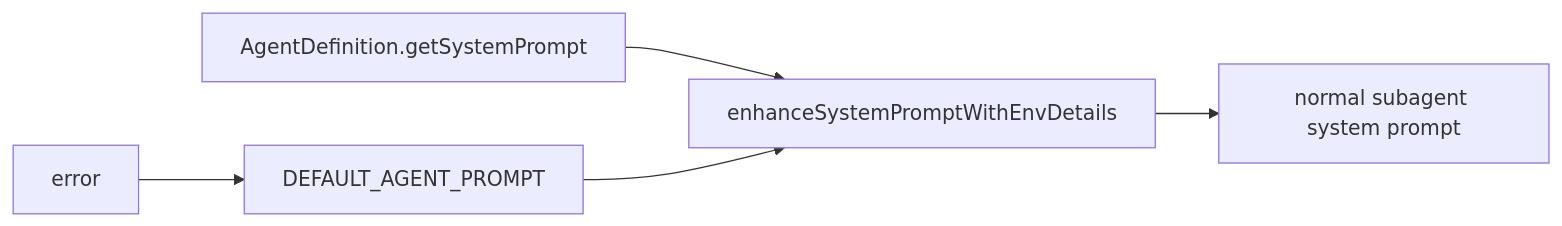
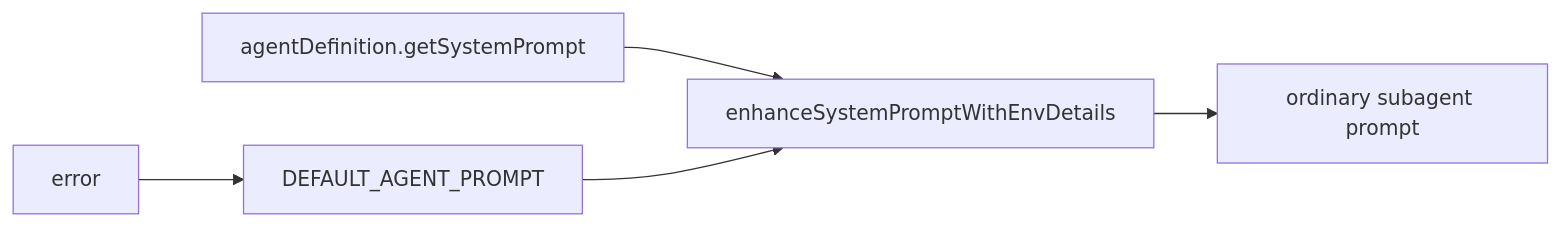
One commit to Boulea7/ClaudeCode-Source-DeepDive changed the first of 2 diagrams in PROMPTS/agent-prompts.md. Above: the diagram before and after it, drawn with Mermaid. The commit also changed other lines of this file and 6 other files, not shown here.

````diff
--- a/PROMPTS/agent-prompts.md
+++ b/PROMPTS/agent-prompts.md
@@ -75,7 +99,7 @@
 ```mermaid
 flowchart LR
-    A[AgentDefinition.getSystemPrompt] --> B[enhanceSystemPromptWithEnvDetails]
-    B --> C[normal subagent system prompt]
+    A[agentDefinition.getSystemPrompt] --> B[enhanceSystemPromptWithEnvDetails]
+    B --> C[ordinary subagent prompt]
     D[error] --> E[DEFAULT_AGENT_PROMPT]
     E --> B
 ```
````
